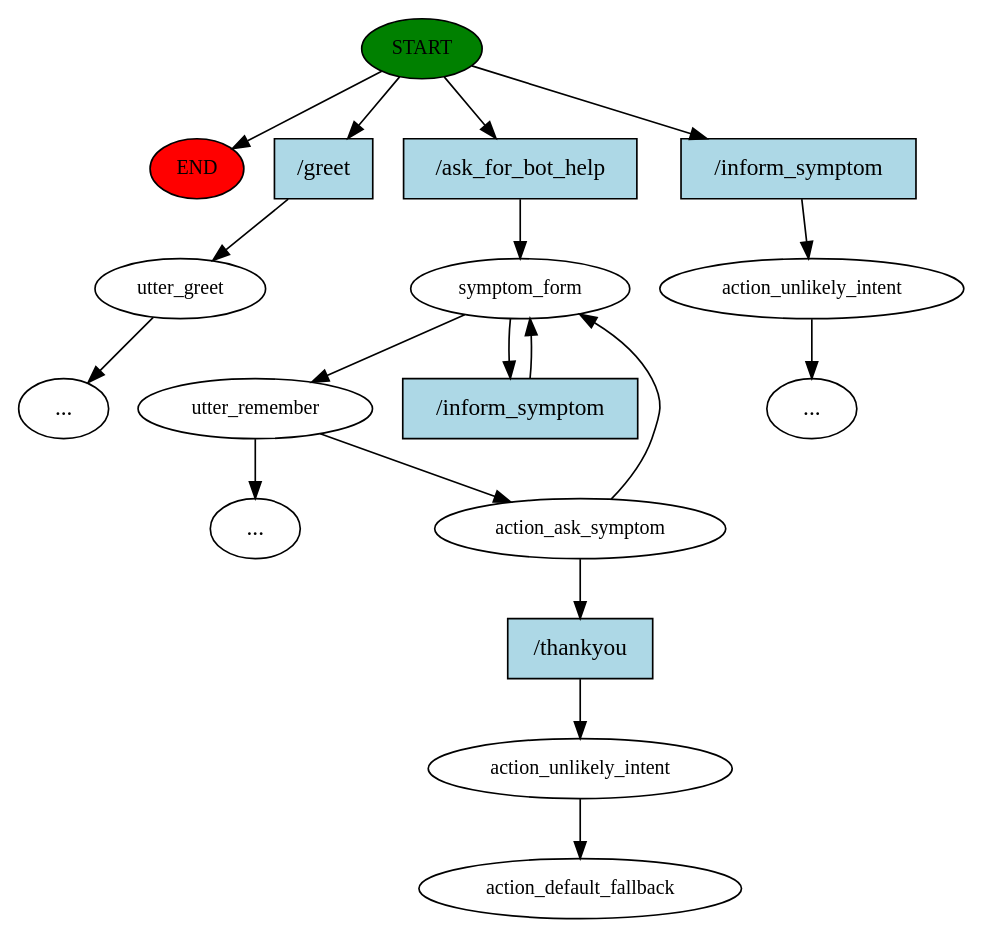
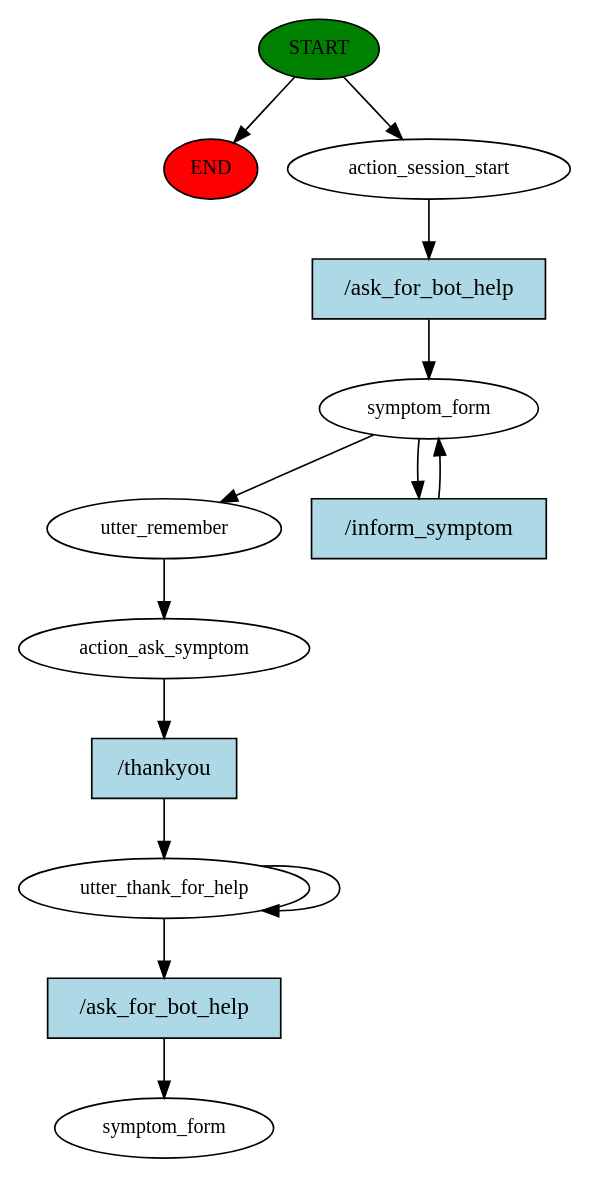
Before and after one commit to khetpatiparn/THAI_MED_BOT: the diagram in story_graph.dot, drawn with Graphviz. The commit also changed 95 other files, not shown here.

```diff
--- a/story_graph.dot
+++ b/story_graph.dot
@@ -1,37 +1,27 @@
 digraph  {
 0 [class="start active", fillcolor=green, fontsize=12, label=START, style=filled];
 "-1" [class=end, fillcolor=red, fontsize=12, label=END, style=filled];
-1 [class="", fontsize=12, label=utter_greet];
+1 [class=active, fontsize=12, label=action_session_start];
 2 [class=active, fontsize=12, label=symptom_form];
-3 [class=active, fontsize=12, label=utter_remember];
-"-7" [class=ellipsis, label="..."];
-"-9" [class=ellipsis, label="..."];
-11 [class="", fontsize=12, label=action_unlikely_intent];
-"-10" [class=ellipsis, label="..."];
-15 [class=active, fontsize=12, label=action_ask_symptom];
-20 [class=active, fontsize=12, label=action_unlikely_intent];
-21 [class="dashed active", fontsize=12, label=action_default_fallback];
-22 [class=intent, fillcolor=lightblue, label="/greet", shape=rect, style=filled];
-23 [class="intent active", fillcolor=lightblue, label="/ask_for_bot_help", shape=rect, style=filled];
-24 [class=intent, fillcolor=lightblue, label="/inform_symptom", shape=rect, style=filled];
-25 [class="intent active", fillcolor=lightblue, label="/inform_symptom", shape=rect, style=filled];
-26 [class="intent active", fillcolor=lightblue, label="/thankyou", shape=rect, style=filled];
+4 [class=active, fontsize=12, label=utter_remember];
+5 [class=active, fontsize=12, label=action_ask_symptom];
+6 [class=active, fontsize=12, label=utter_thank_for_help];
+8 [class="dashed active", fontsize=12, label=symptom_form];
+9 [class="intent active", fillcolor=lightblue, label="/ask_for_bot_help", shape=rect, style=filled];
+10 [class="intent active", fillcolor=lightblue, label="/inform_symptom", shape=rect, style=filled];
+11 [class="intent active", fillcolor=lightblue, label="/thankyou", shape=rect, style=filled];
+12 [class="intent active", fillcolor=lightblue, label="/ask_for_bot_help", shape=rect, style=filled];
 0 -> "-1"  [class="", key=NONE, label=""];
-0 -> 22  [class="", key=0];
-0 -> 23  [class=active, key=0];
-0 -> 24  [class="", key=0];
-1 -> "-7"  [class="", key=NONE, label=""];
-2 -> 3  [class=active, key=NONE, label=""];
-2 -> 25  [class=active, key=0];
-3 -> "-9"  [class="", key=NONE, label=""];
-3 -> 15  [class=active, key=NONE, label=""];
-11 -> "-10"  [class="", key=NONE, label=""];
-15 -> 2  [class=active, key=NONE, label=""];
-15 -> 26  [class=active, key=0];
-20 -> 21  [class=active, key=NONE, label=""];
-22 -> 1  [class="", key=0];
-23 -> 2  [class=active, key=0];
-24 -> 11  [class="", key=0];
-25 -> 2  [class=active, key=0];
-26 -> 20  [class=active, key=0];
+0 -> 1  [class=active, key=NONE, label=""];
+1 -> 9  [class=active, key=0];
+2 -> 4  [class=active, key=NONE, label=""];
+2 -> 10  [class=active, key=0];
+4 -> 5  [class=active, key=NONE, label=""];
+5 -> 11  [class=active, key=0];
+6 -> 6  [class=active, key=NONE, label=""];
+6 -> 12  [class=active, key=0];
+9 -> 2  [class=active, key=0];
+10 -> 2  [class=active, key=0];
+11 -> 6  [class=active, key=0];
+12 -> 8  [class=active, key=0];
 }
```
